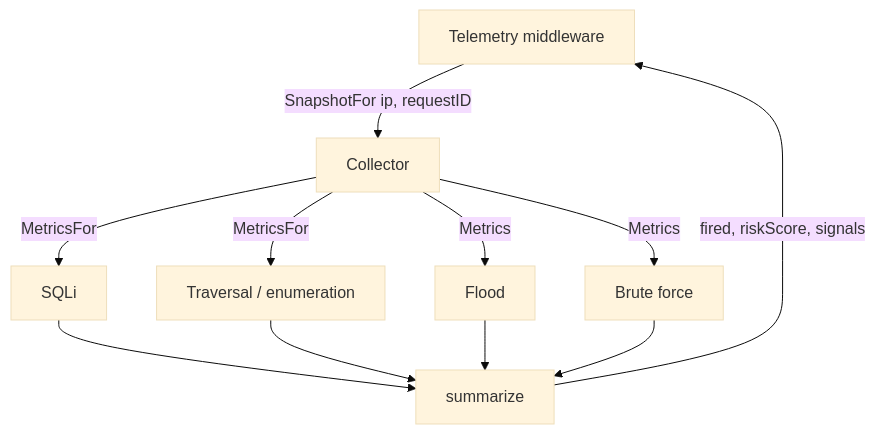
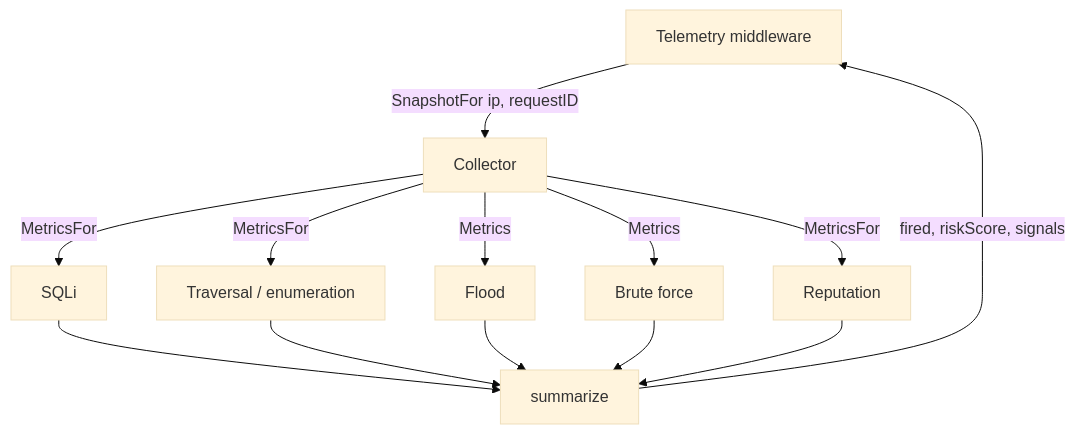
One commit to Adnan-Safdari/Intelligent_API_Security_Gateway changed the diagram in gateway/docs/detection-signals.md. Above: the diagram before and after it, drawn with Mermaid (base theme). The commit also changed other lines of this file and 9 other files, not shown here.

````diff
--- a/gateway/docs/detection-signals.md
+++ b/gateway/docs/detection-signals.md
@@ -72,13 +108,15 @@
 ```mermaid
 flowchart TD
     T[Telemetry middleware] -->|SnapshotFor ip, requestID| C[Collector]
     C -->|MetricsFor| SQ[SQLi]
     C -->|MetricsFor| TR[Traversal / enumeration]
     C -->|Metrics| FL[Flood]
     C -->|Metrics| BF[Brute force]
+    C -->|MetricsFor| RP[Reputation]
     SQ --> S[summarize]
     TR --> S
     FL --> S
     BF --> S
+    RP --> S
     S -->|fired, riskScore, signals| T
 ```
````
